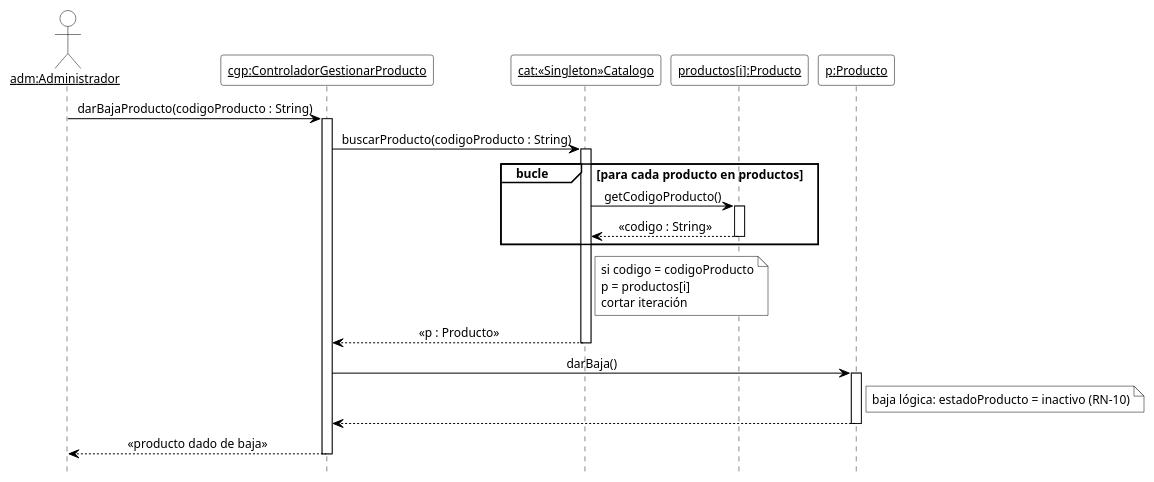
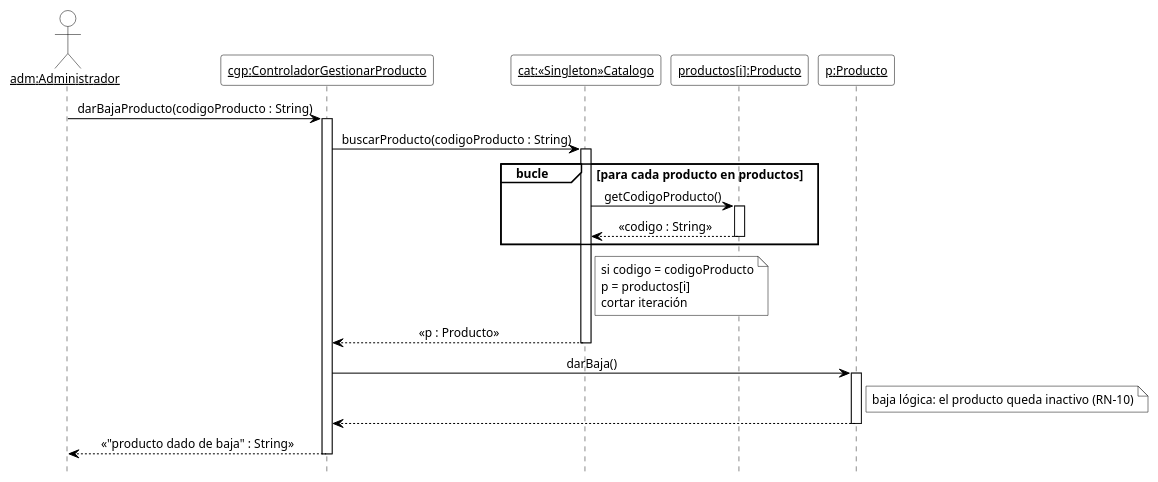
The diagram in 08-Diagrama De Secuencia/DSD_CU-04_darBajaProducto.puml (cirotop/Stock-Project), drawn with PlantUML before and after one commit. The commit also changed 22 other files, not shown here.

```diff
--- a/08-Diagrama De Secuencia/DSD_CU-04_darBajaProducto.puml
+++ b/08-Diagrama De Secuencia/DSD_CU-04_darBajaProducto.puml
@@ -1,47 +1,47 @@
 @startuml DSD_CU-04_darBajaProducto
 ' Diagrama de Secuencia de Diseño (DSD) - CU-04 Gestionar producto - darBajaProducto
 ' Estilo de los ejemplos de la teoría (introducirArticulo / crearNuevaVenta).
 hide footbox
 skinparam shadowing false
 skinparam defaultFontName Arial
 skinparam defaultFontSize 12
 skinparam sequenceMessageAlign center
 skinparam ArrowColor black
 skinparam ParticipantBackgroundColor white
 skinparam ParticipantBorderColor black
 skinparam CollectionsBackgroundColor white
 skinparam CollectionsBorderColor black
 skinparam ActorBackgroundColor white
 skinparam ActorBorderColor black
 skinparam LifeLineBorderColor black
 skinparam LifeLineBackgroundColor white
 skinparam SequenceGroupBackgroundColor white
 skinparam SequenceGroupBorderColor black
 skinparam SequenceGroupHeaderFontColor black
 skinparam NoteBackgroundColor white
 skinparam NoteBorderColor black
 
 actor "<u>adm:Administrador</u>" as adm
 participant "<u>cgp:ControladorGestionarProducto</u>" as cgp
 participant "<u>cat:«Singleton»Catalogo</u>" as cat
 participant "<u>productos[i]:Producto</u>" as pi
 participant "<u>p:Producto</u>" as p
 
 adm -> cgp ++ : darBajaProducto(codigoProducto : String)
 cgp -> cat ++ : buscarProducto(codigoProducto : String)
 group bucle [para cada producto en productos]
   cat -> pi ++ : getCodigoProducto()
   pi --> cat -- : «codigo : String»
 end
 note right of cat
   si codigo = codigoProducto
   p = productos[i]
   cortar iteración
 end note
 cat --> cgp -- : «p : Producto»
 cgp -> p ++ : darBaja()
-note right of p : baja lógica: estadoProducto = inactivo (RN-10)
+note right of p : baja lógica: el producto queda inactivo (RN-10)
 p --> cgp --
-cgp --> adm -- : «producto dado de baja»
+cgp --> adm -- : «"producto dado de baja" : String»
 
 @enduml
```
